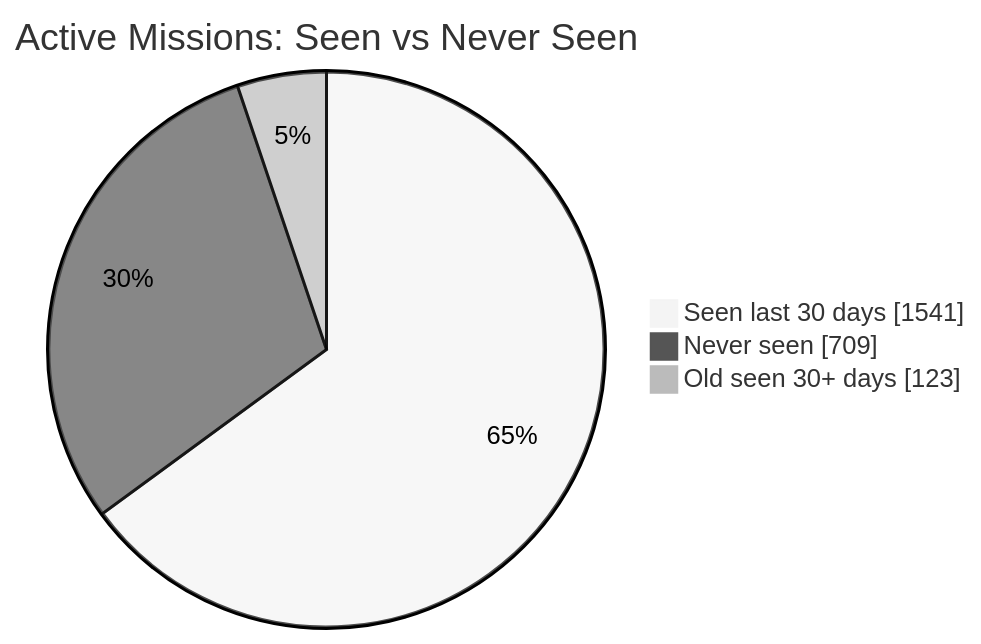
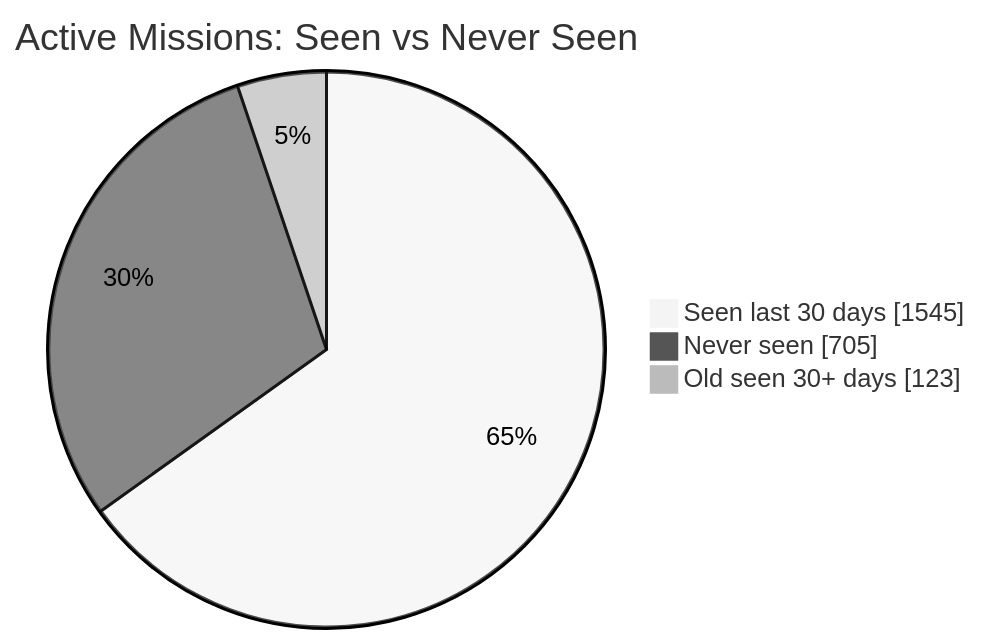
One commit to MeldkamerspelGameTeam/active-missions changed the first of 2 diagrams in README.md. Above: the diagram before and after it, drawn with Mermaid (neutral theme). The commit also changed other lines of this file and 3 other files, not shown here.

````diff
--- a/README.md
+++ b/README.md
@@ -34,7 +34,7 @@
 ```mermaid
 pie showData
     title Active Missions: Seen vs Never Seen
-    "Seen last 30 days" : 1541
-    "Never seen" : 709
+    "Seen last 30 days" : 1545
+    "Never seen" : 705
     "Old seen 30+ days" : 123
 ```
````
